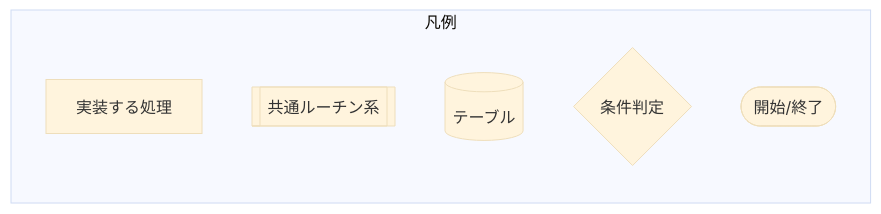
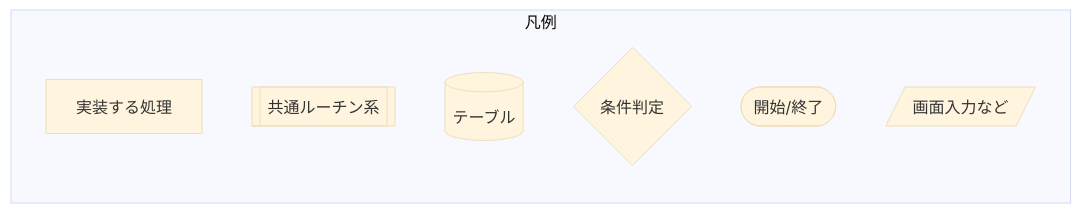
One commit to ChaosReadman/MDFILETEST changed the first of 2 diagrams in API001.md. Above: the diagram before and after it, drawn with Mermaid.

Commit message:
画面入力を凡例に追加

````diff
--- a/API001.md
+++ b/API001.md
@@ -11,11 +11,12 @@
 ```mermaid
 %%{init:{'theme':'base'}}%%
 flowchart LR
     subgraph example [凡例]
         GenericProc[実装する処理]
         Common[[共通ルーチン系]]
         Tbl[(テーブル)]
         Cond{条件判定}
         StartEnd([開始/終了])
+        Input[/画面入力など/]
     end
 ```
````
